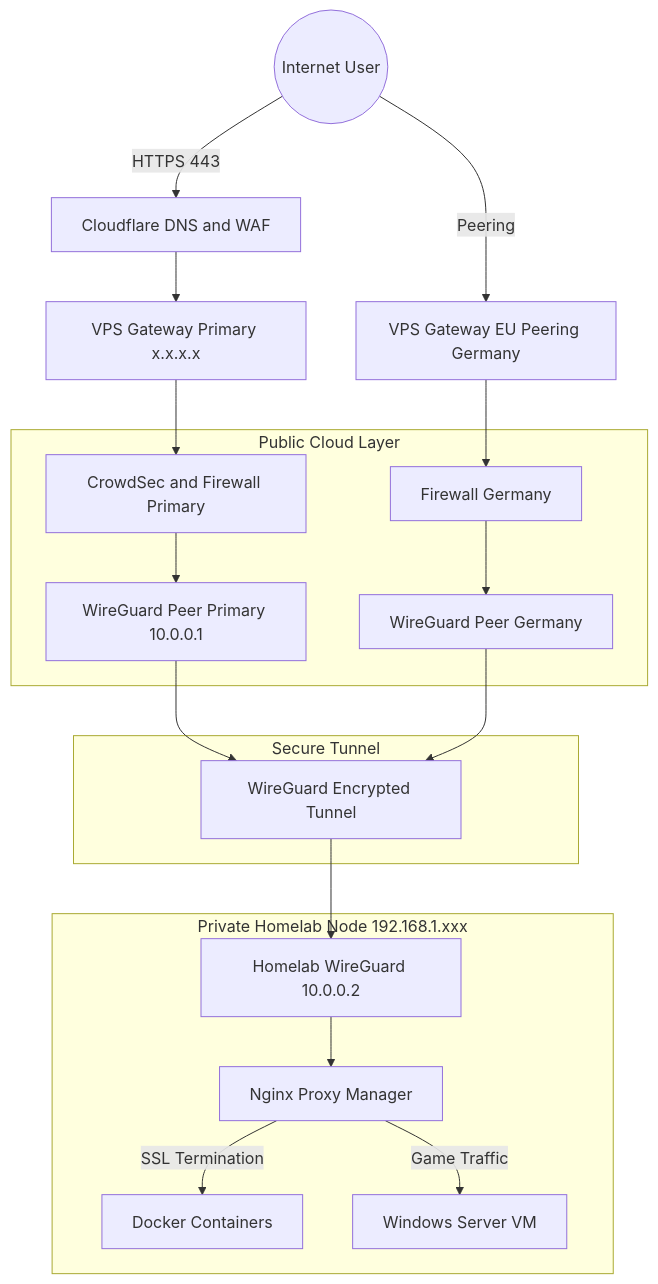
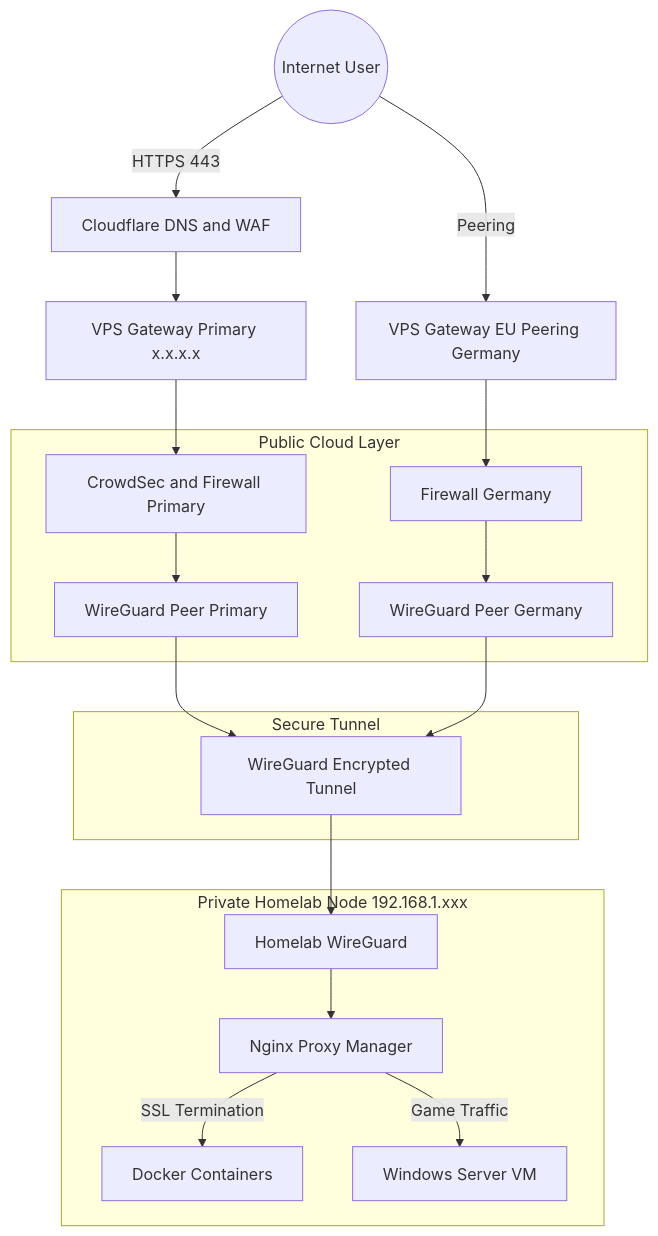
Before and after one commit to gorevyoneticisi/Enterprise-Homelab-Infrastructure: the diagram in README.md, drawn with Mermaid. The commit also changed other lines of this file and 3 other files, not shown here.

````diff
--- a/README.md
+++ b/README.md
@@ -101,41 +101,41 @@
 ```mermaid
 graph TD
     %% Nodes
     U((Internet User))
     CF[Cloudflare DNS and WAF]
     VPS1[VPS Gateway Primary x.x.x.x]
     VPS2[VPS Gateway EU Peering Germany]
 
     subgraph PCL[Public Cloud Layer]
         FW1[CrowdSec and Firewall Primary]
-        WG1[WireGuard Peer Primary 10.0.0.1]
+        WG1[WireGuard Peer Primary <VPS_WG_IP>]
         FW2[Firewall Germany]
         WG2[WireGuard Peer Germany]
     end
 
     subgraph TUN[Secure Tunnel]
         WGL[WireGuard Encrypted Tunnel]
     end
 
     subgraph HOME[Private Homelab Node 192.168.1.xxx]
-        WGH[Homelab WireGuard 10.0.0.2]
+        WGH[Homelab WireGuard <HOMELAB_WG_IP>]
         NPM[Nginx Proxy Manager]
         DOCK[Docker Containers]
         KVM[Windows Server VM]
     end
 
     %% Connections
     U -->|HTTPS 443| CF
     CF --> VPS1
     VPS1 --> FW1 --> WG1
 
     U -->|Peering| VPS2
     VPS2 --> FW2 --> WG2
 
     WG1 --> WGL --> WGH
     WG2 --> WGL
 
     WGH --> NPM
     NPM -->|SSL Termination| DOCK
     NPM -->|Game Traffic| KVM
 ```
````
